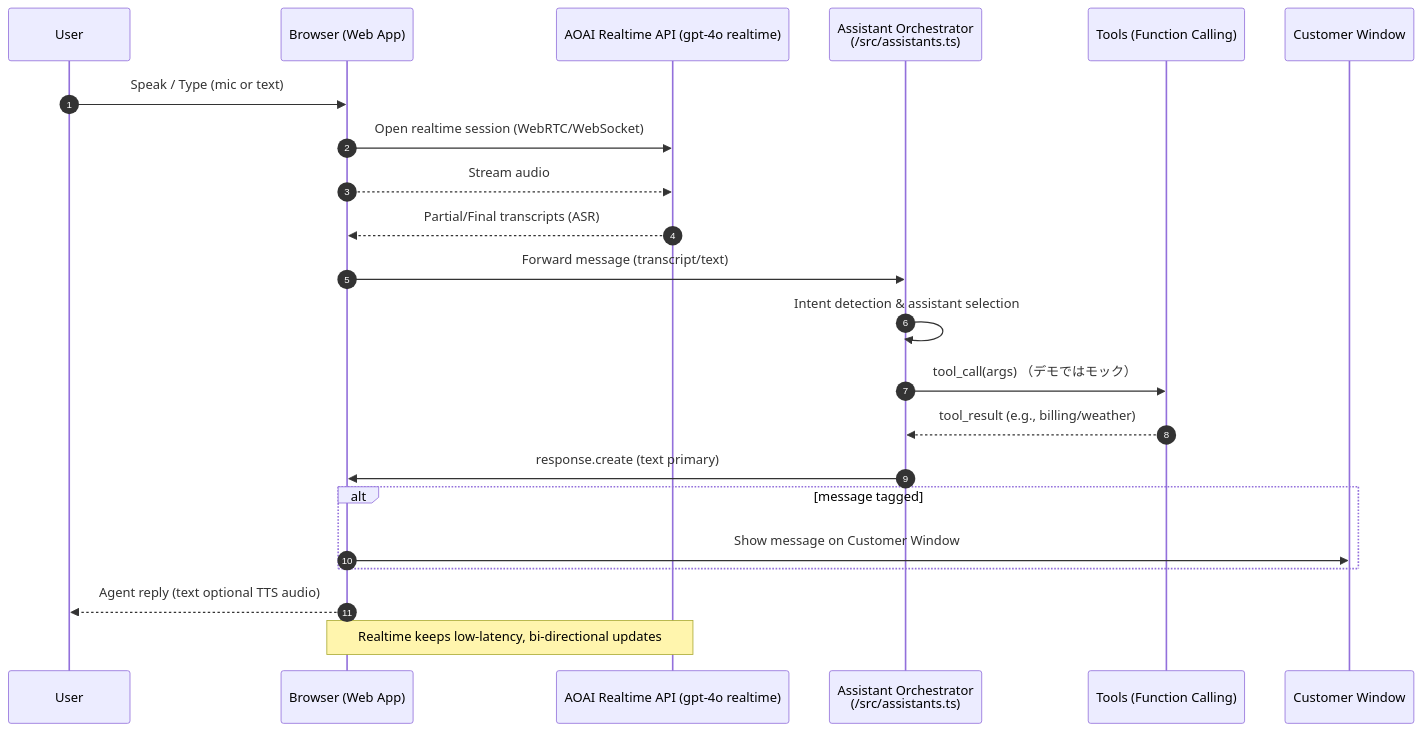
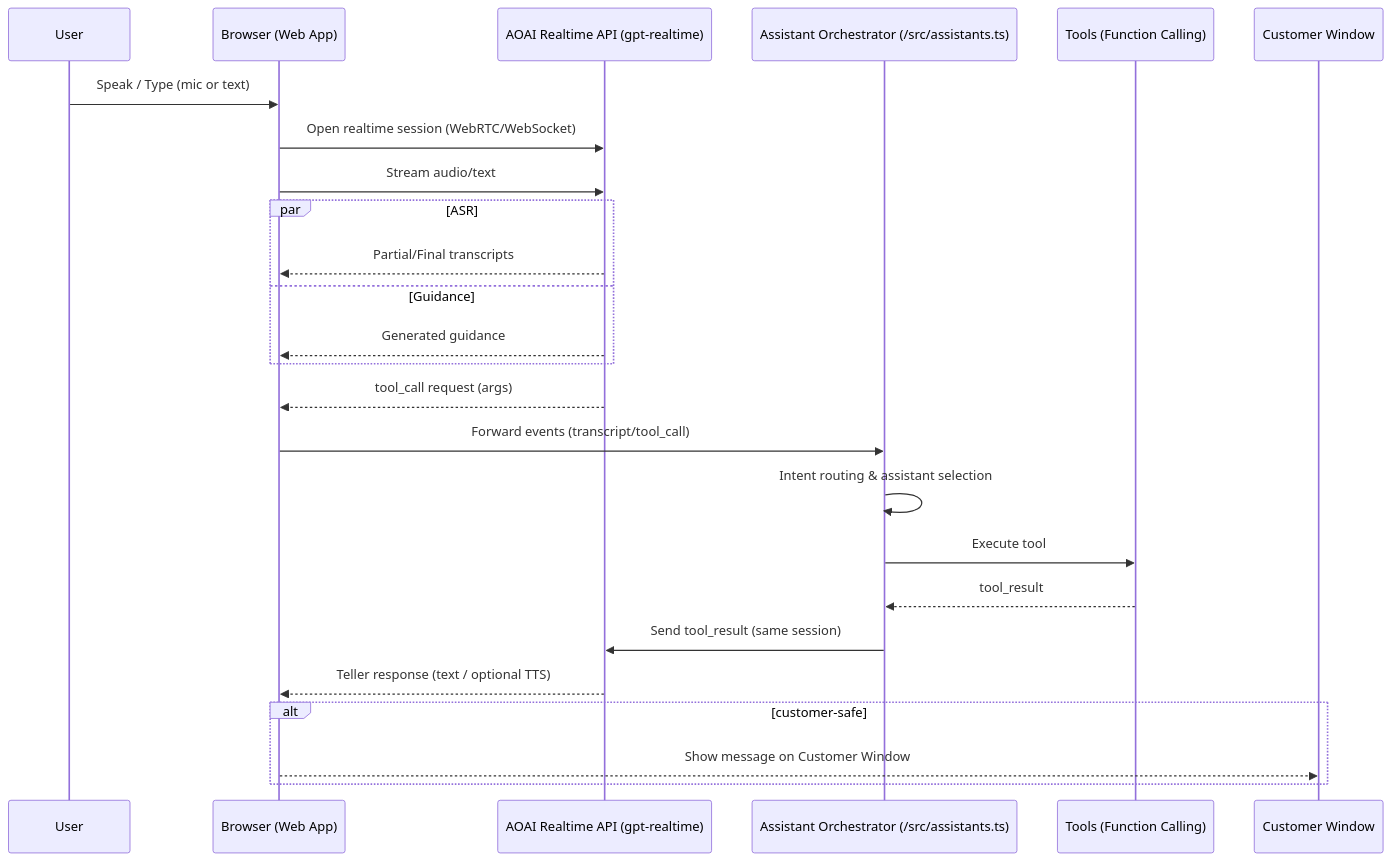
One commit to notanaha/aoai-realtime-multi-assistants-bankteller-demo2 changed the diagram in flow.md. Above: the diagram before and after it, drawn with Mermaid. The commit also changed 4 other files, not shown here.

````diff
--- a/flow.md
+++ b/flow.md
@@ -1,28 +1,30 @@
 ```mermaid
 sequenceDiagram
-    autonumber
-    participant U as User
-    participant B as Browser (Web App)
-    participant R as AOAI Realtime API (gpt-4o realtime)
-    participant O as Assistant Orchestrator<br/>(/src/assistants.ts)
-    participant T as Tools (Function Calling)
-    participant C as Customer Window
+  participant U as User
+  participant B as Browser (Web App)
+  participant R as AOAI Realtime API (gpt-realtime)
+  participant O as Assistant Orchestrator (/src/assistants.ts)
+  participant T as Tools (Function Calling)
+  participant C as Customer Window
+  U->>B: Speak / Type (mic or text)
+  B->>R: Open realtime session (WebRTC/WebSocket)
+  B->>R: Stream audio/text
 
-    U->>B: Speak / Type (mic or text)
-    B->>R: Open realtime session (WebRTC/WebSocket)
-    B-->>R: Stream audio
-    R-->>B: Partial/Final transcripts (ASR)
+  par ASR
+    R-->>B: Partial/Final transcripts
+  and Guidance
+    R-->>B: Generated guidance
+  end
+  R-->>B: tool_call request (args)
+  B->>O: Forward events (transcript/tool_call)
+  O->>O: Intent routing & assistant selection
+  O->>T: Execute tool
+  T-->>O: tool_result
+  O->>R: Send tool_result (same session)
 
-    B->>O: Forward message (transcript/text)
-    O->>O: Intent detection & assistant selection
-    O->>T: tool_call(args)  （デモではモック）
-    T-->>O: tool_result (e.g., billing/weather)
+  R-->>B: Teller response (text / optional TTS)
 
-    O->>B: response.create (text primary)
-    alt message tagged ###InfoToCustomer###
-        B->>C: Show message on Customer Window
-    end
-
-    B-->>U: Agent reply (text optional TTS audio)
-    Note over B,R: Realtime keeps low-latency, bi-directional updates
+  alt customer-safe
+    B-->>C: Show message on Customer Window
+  end
 ```
````
